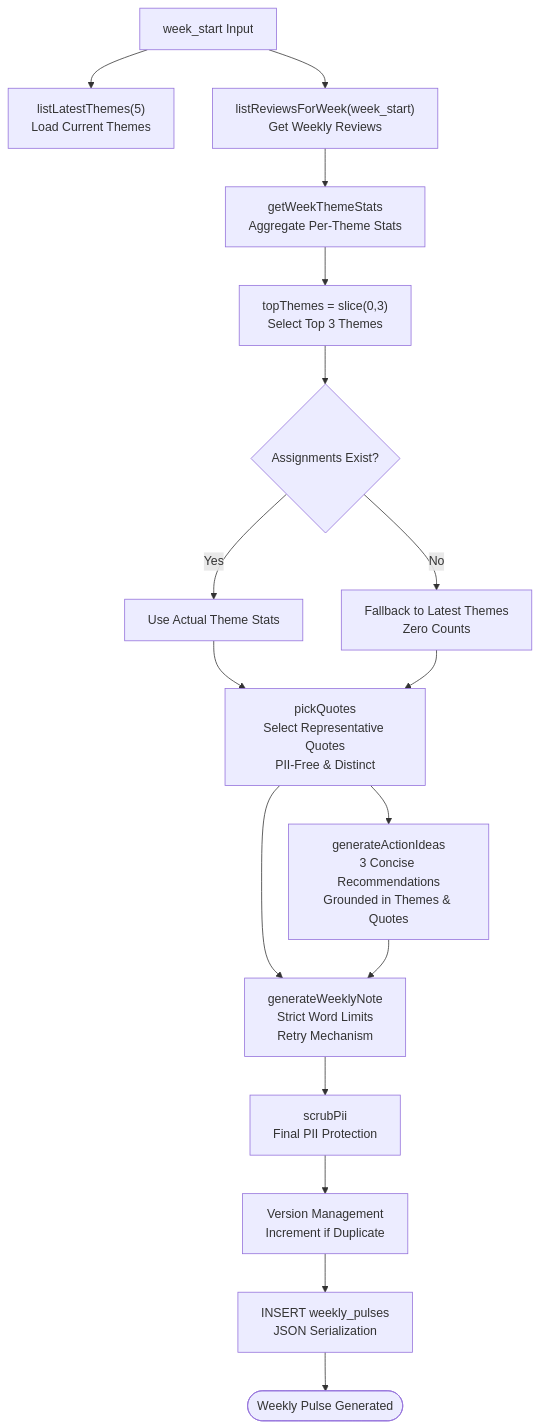
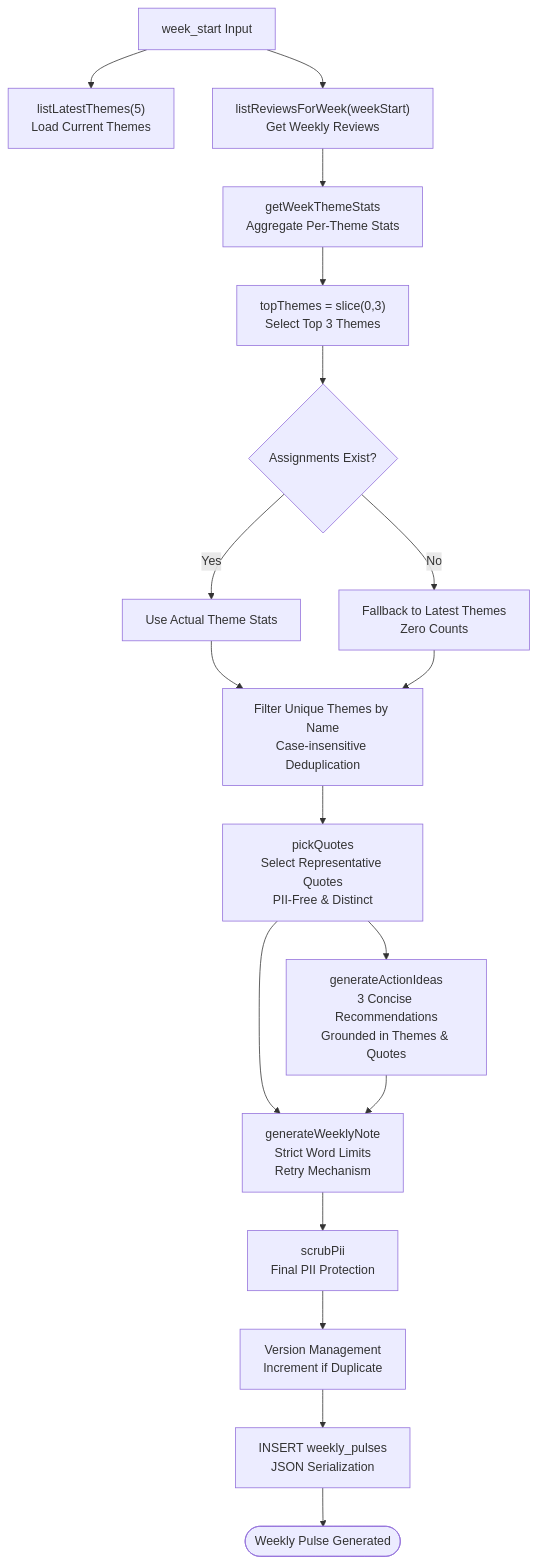
Before and after one commit to aravinthraj-ramalingam/Groww-App-Review-Insights-Analyzer-: the fifth of 10 diagrams in .qoder/repowiki/en/content/Phase 2_ Advanced Analytics & Automation/Weekly Pulse Generation.md, drawn with Mermaid. The commit also changed other lines of this file and 5 other files, not shown here.

````diff
--- a/.qoder/repowiki/en/content/Phase 2_ Advanced Analytics & Automation/Weekly Pulse Generation.md
+++ b/.qoder/repowiki/en/content/Phase 2_ Advanced Analytics & Automation/Weekly Pulse Generation.md
@@ -259,20 +275,21 @@
 ```mermaid
 flowchart TD
 WS["week_start Input"] --> LoadThemes["listLatestThemes(5)<br/>Load Current Themes"]
-WS --> LoadReviews["listReviewsForWeek(week_start)<br/>Get Weekly Reviews"]
+WS --> LoadReviews["listReviewsForWeek(weekStart)<br/>Get Weekly Reviews"]
 LoadReviews --> Stats["getWeekThemeStats<br/>Aggregate Per-Theme Stats"]
 Stats --> Top3["topThemes = slice(0,3)<br/>Select Top 3 Themes"]
 AltCheck{"Assignments Exist?"}
 Top3 --> AltCheck
 AltCheck --> |Yes| Effective["Use Actual Theme Stats"]
 AltCheck --> |No| Fallback["Fallback to Latest Themes<br/>Zero Counts"]
-Effective --> Quotes["pickQuotes<br/>Select Representative Quotes<br/>PII-Free & Distinct"]
-Fallback --> Quotes
+Effective --> Unique["Filter Unique Themes by Name<br/>Case-insensitive Deduplication"]
+Fallback --> Unique
+Unique --> Quotes["pickQuotes<br/>Select Representative Quotes<br/>PII-Free & Distinct"]
 Quotes --> Ideas["generateActionIdeas<br/>3 Concise Recommendations<br/>Grounded in Themes & Quotes"]
 Quotes --> Note["generateWeeklyNote<br/>Strict Word Limits<br/>Retry Mechanism"]
 Ideas --> Note
 Note --> Scrub["scrubPii<br/>Final PII Protection"]
 Scrub --> Version["Version Management<br/>Increment if Duplicate"]
 Version --> Save["INSERT weekly_pulses<br/>JSON Serialization"]
 Save --> End(["Weekly Pulse Generated"])
 ```
````
